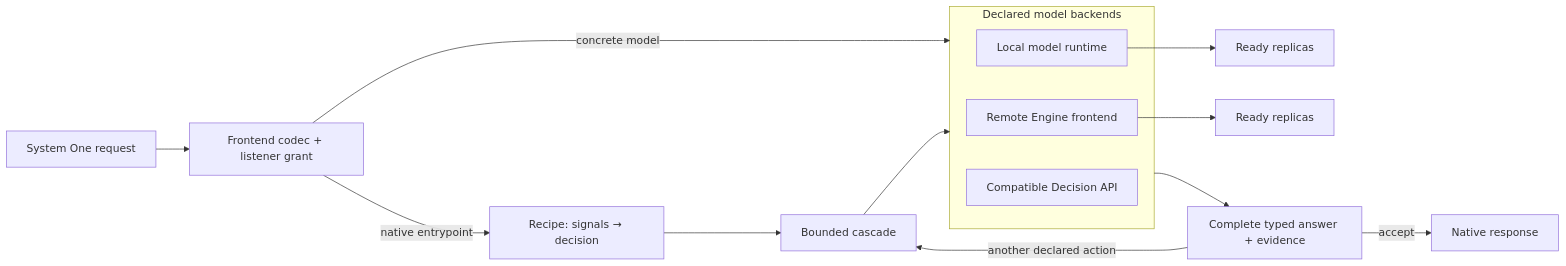
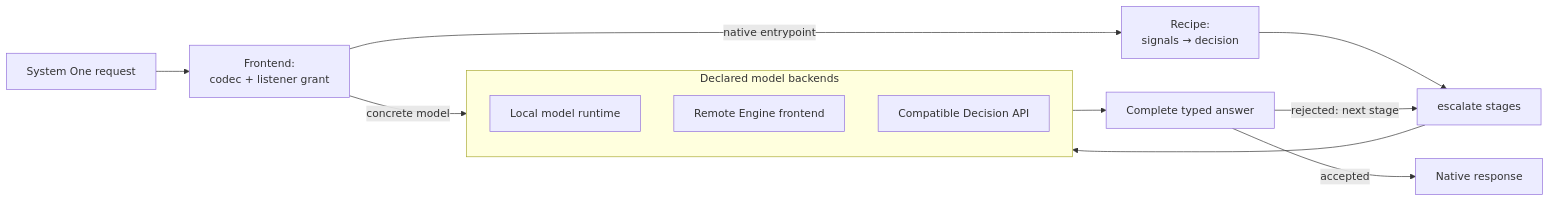
The diagram in website/docs/overview/component-architecture.md (vllm-project/semantic-router), drawn with Mermaid before and after one commit. The commit also changed other lines of this file and 5503 other files, not shown here.

````diff
--- a/website/docs/overview/component-architecture.md
+++ b/website/docs/overview/component-architecture.md
@@ -129,18 +173,16 @@
 ```mermaid
 flowchart LR
-    Request["System One request"] --> Frontend["Frontend codec + listener grant"]
+    Request["System One request"] --> Frontend["Frontend:<br/>codec + listener grant"]
     Frontend -->|"concrete model"| Backends
-    Frontend -->|"native entrypoint"| Recipe["Recipe: signals → decision"]
-    Recipe --> Algorithm["Bounded cascade"]
+    Frontend -->|"native entrypoint"| Recipe["Recipe:<br/>signals → decision"]
+    Recipe --> Algorithm["escalate stages"]
     Algorithm --> Backends
     subgraph Backends["Declared model backends"]
         Local["Local model runtime"]
         Engine["Remote Engine frontend"]
         External["Compatible Decision API"]
     end
-    Local --> Replicas["Ready replicas"]
-    Engine --> RemoteReplicas["Ready replicas"]
-    Backends --> Evidence["Complete typed answer + evidence"]
-    Evidence -->|"another declared action"| Algorithm
-    Evidence -->|"accept"| Result["Native response"]
+    Backends --> Evidence["Complete typed answer"]
+    Evidence -->|"rejected: next stage"| Algorithm
+    Evidence -->|"accepted"| Result["Native response"]
 ```
````
